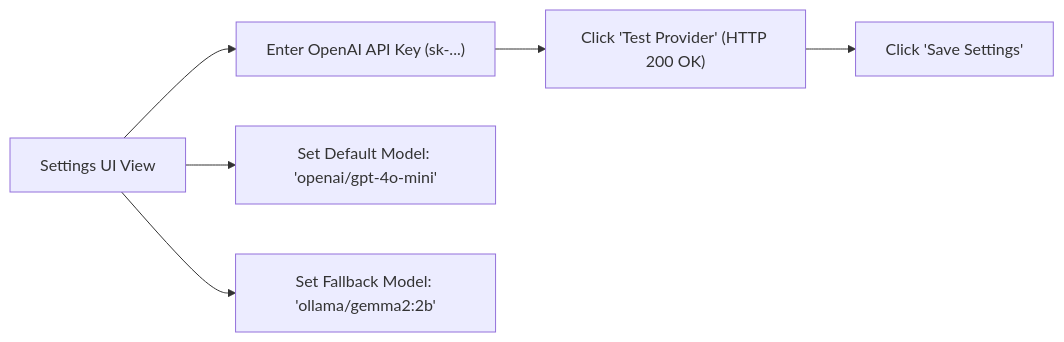
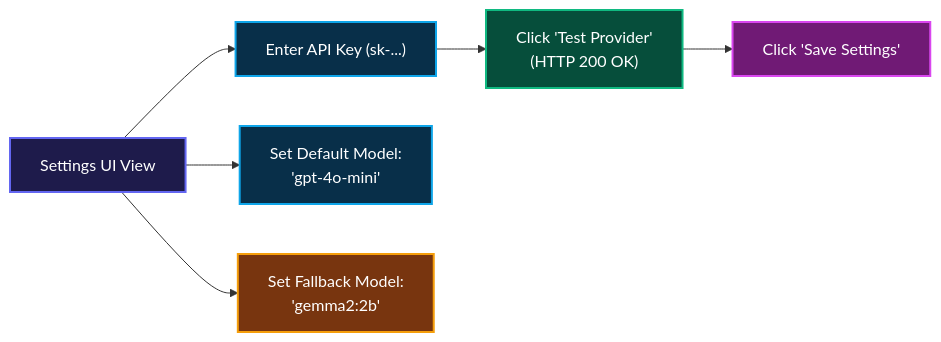
One commit to vdonthireddy/agentic-ai changed the diagram in docs/11_settings_providers.md. Above: the diagram before and after it, drawn with Mermaid. The commit also changed 10 other files, not shown here.

Commit message:
docs(styling): enrich Mermaid flowcharts with vibrant, glowing classDef colors across all documentation guides

````diff
--- a/docs/11_settings_providers.md
+++ b/docs/11_settings_providers.md
@@ -34,8 +34,20 @@
 ```mermaid
 flowchart LR
-    UI["Settings UI View"] --> Key["Enter OpenAI API Key (sk-...)"]
-    UI --> Default["Set Default Model: 'openai/gpt-4o-mini'"]
-    UI --> Fallback["Set Fallback Model: 'ollama/gemma2:2b'"]
-    Key --> Test["Click 'Test Provider' (HTTP 200 OK)"]
+    UI["Settings UI View"] --> Key["Enter API Key (sk-...)"]
+    UI --> Default["Set Default Model:\n'gpt-4o-mini'"]
+    UI --> Fallback["Set Fallback Model:\n'gemma2:2b'"]
+    Key --> Test["Click 'Test Provider'\n(HTTP 200 OK)"]
     Test --> Save["Click 'Save Settings'"]
+
+    classDef cIndigo fill:#1e1b4b,stroke:#6366f1,stroke-width:2px,color:#fff;
+    classDef cCyan fill:#082f49,stroke:#0ea5e9,stroke-width:2px,color:#fff;
+    classDef cAmber fill:#78350f,stroke:#f59e0b,stroke-width:2px,color:#fff;
+    classDef cEmerald fill:#064e3b,stroke:#10b981,stroke-width:2px,color:#fff;
+    classDef cFuchsia fill:#701a75,stroke:#d946ef,stroke-width:2px,color:#fff;
+
+    class UI cIndigo;
+    class Key,Default cCyan;
+    class Fallback cAmber;
+    class Test cEmerald;
+    class Save cFuchsia;
 ```
````
